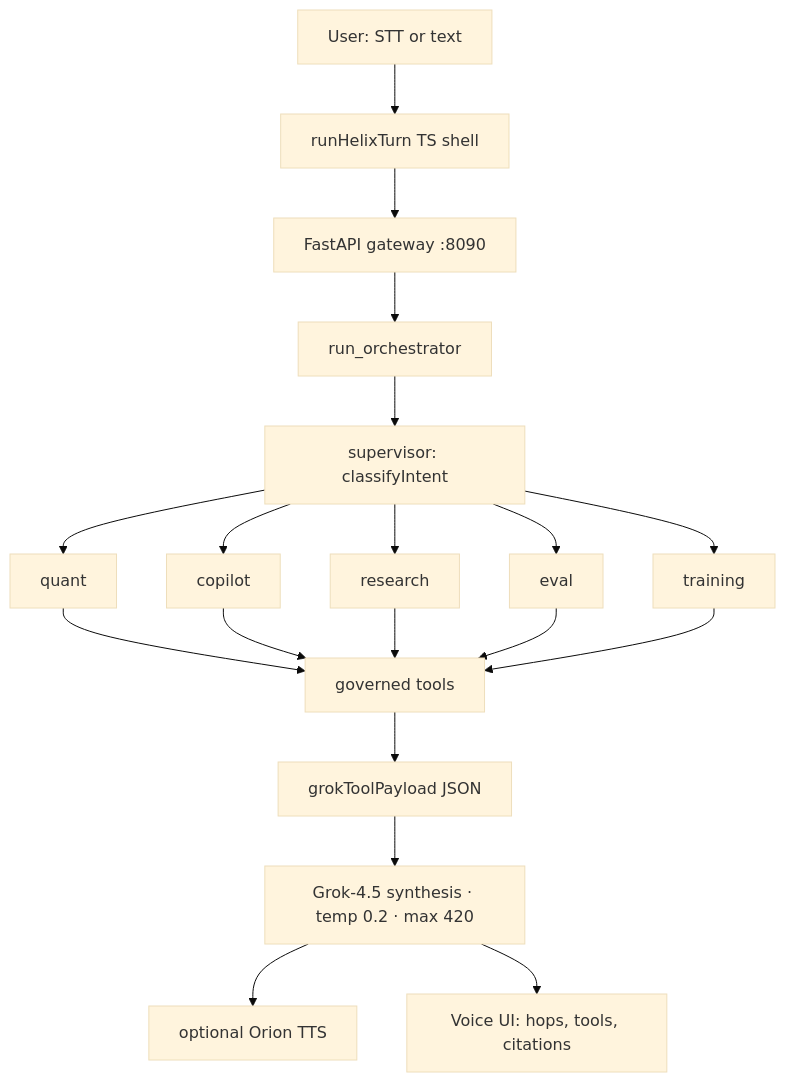
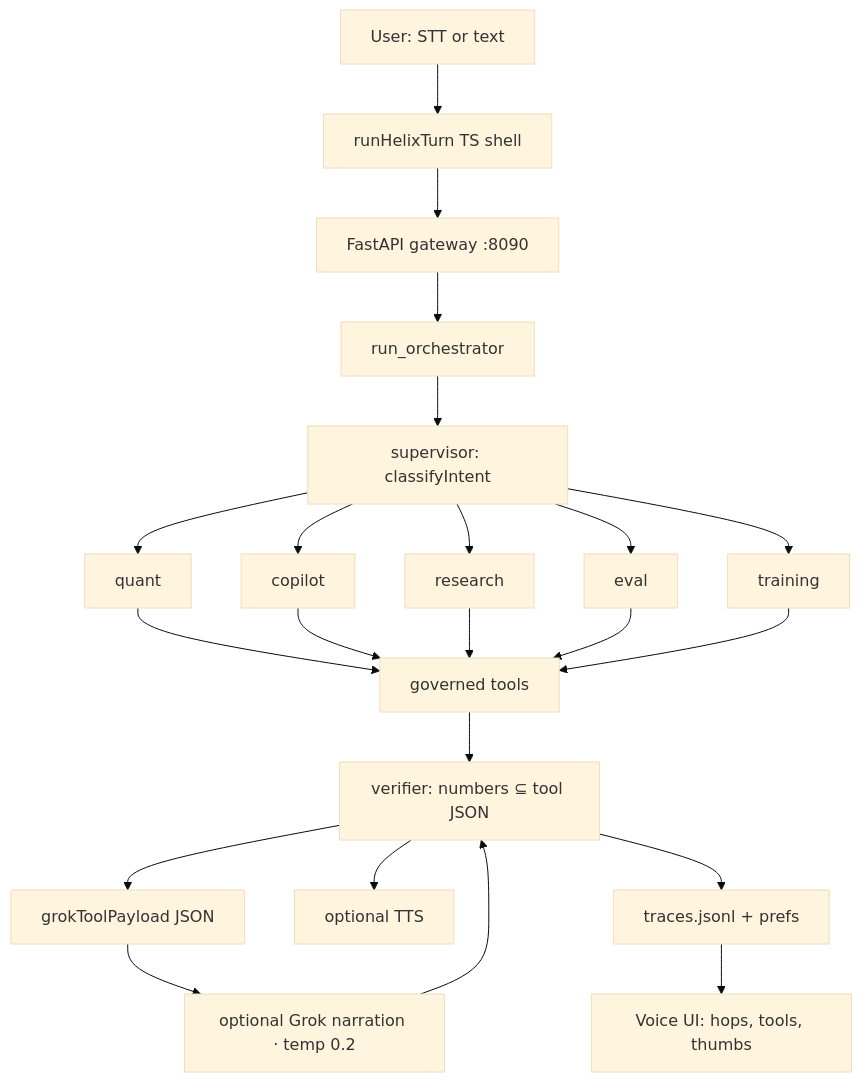
The first of 2 diagrams in README.md (OlegUnreal/voice-agent-orchestration), drawn with Mermaid (base theme) before and after one commit. The commit also changed other lines of this file and 24 other files, not shown here.

First line of the commit message:
feat: verifier, trace ledger, feedback pairs, sourced memory

````diff
--- a/README.md
+++ b/README.md
@@ -80,21 +98,24 @@
 ```mermaid
 flowchart TD
   U["User: STT or text"] --> SF["runHelixTurn TS shell"]
   SF --> GW["FastAPI gateway :8090"]
   GW --> ORC["run_orchestrator"]
   ORC --> SUP["supervisor: classifyIntent"]
   SUP --> Q["quant"]
   SUP --> C["copilot"]
   SUP --> R["research"]
   SUP --> E["eval"]
   SUP --> T["training"]
   Q --> TOOLS["governed tools"]
   C --> TOOLS
   R --> TOOLS
   E --> TOOLS
   T --> TOOLS
-  TOOLS --> PAY["grokToolPayload JSON"]
-  PAY --> GROK["Grok-4.5 synthesis · temp 0.2 · max 420"]
-  GROK --> TTS["optional Orion TTS"]
-  GROK --> UI["Voice UI: hops, tools, citations"]
+  TOOLS --> VER["verifier: numbers ⊆ tool JSON"]
+  VER --> PAY["grokToolPayload JSON"]
+  PAY --> GROK["optional Grok narration · temp 0.2"]
+  GROK --> VER
+  VER --> TTS["optional TTS"]
+  VER --> LEDGER["traces.jsonl + prefs"]
+  LEDGER --> UI["Voice UI: hops, tools, thumbs"]
 ```
````
